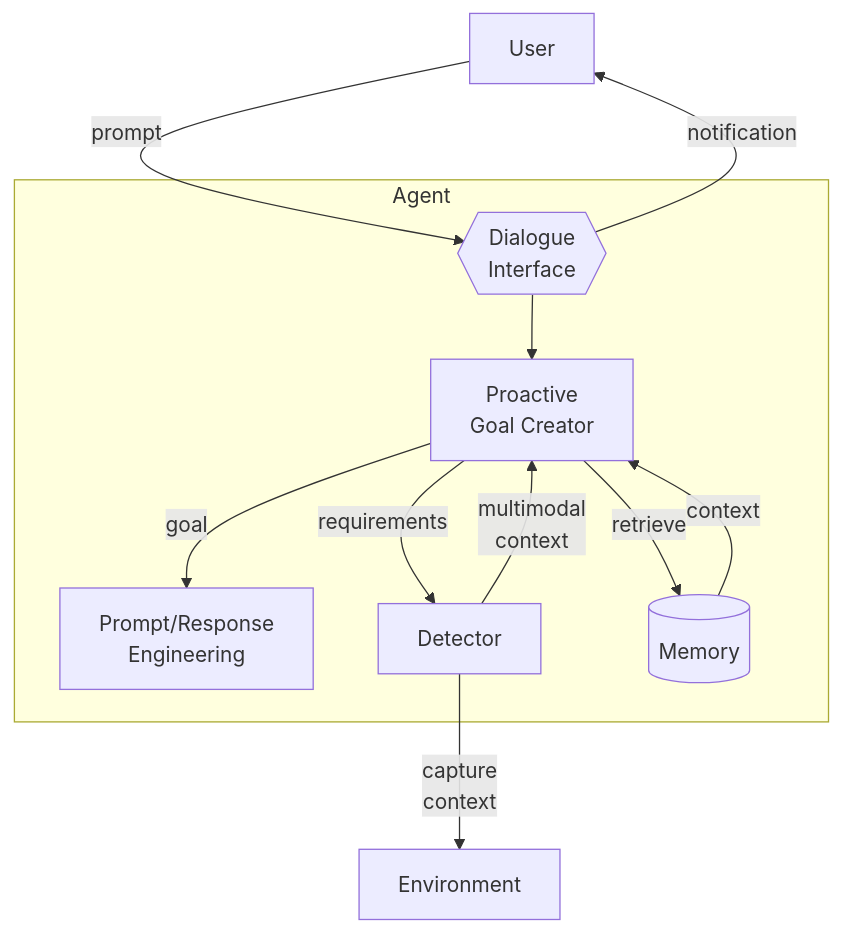
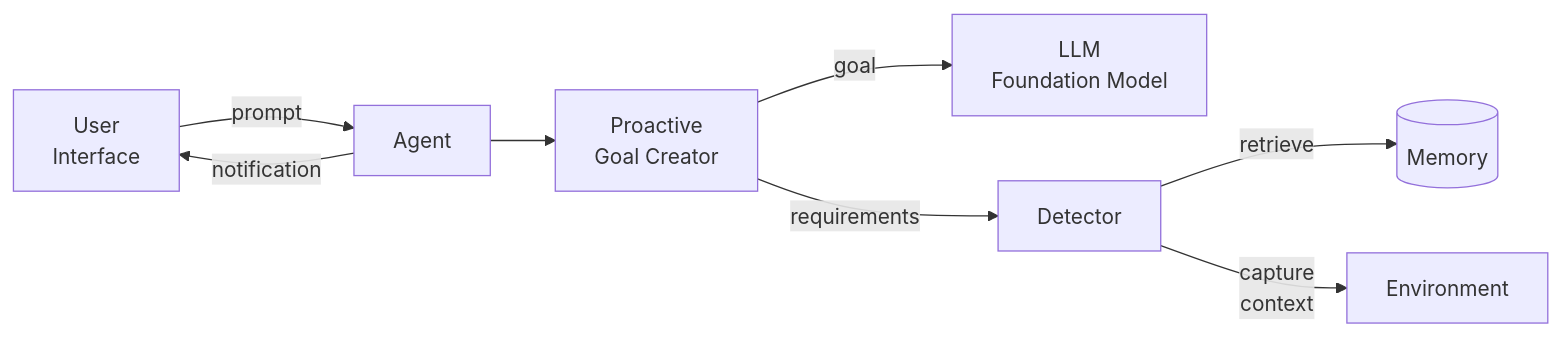
One commit to yanjustino/AgentPatternCatalogue changed the diagram in doc/ProactiveGoalCreator.md. Above: the diagram before and after it, drawn with Mermaid. The commit also changed other lines of this file and 28 other files, not shown here.

````diff
--- a/doc/ProactiveGoalCreator.md
+++ b/doc/ProactiveGoalCreator.md
@@ -6,16 +6,13 @@
 ```mermaid
-flowchart TD
-    U[User] -->|prompt| Dlg{{ Dialogue <br>Interface }}
+flowchart LR
+    U[User <br> Interface] -->|prompt| Dlg[Agent]
     Dlg -- notification --> U
     
-    subgraph AGENT [Agent]
         Dlg --> PGC[Proactive <br>Goal Creator]
-        PGC -->|goal| PRE[Prompt/Response <br>Engineering]
+        PGC -->|goal| PRE[LLM <br> Foundation Model]
         PGC -->|requirements| Det[Detector]
-        PGC -->|retrieve| Mem[(Memory)]
-        Mem -->|context| PGC
-        Det -->|multimodal <br>context| PGC
-    end
+        Det -->|retrieve| Mem[(Memory)]
+        
     
     Det -->|capture <br>context| Env[Environment]
 ```
````
